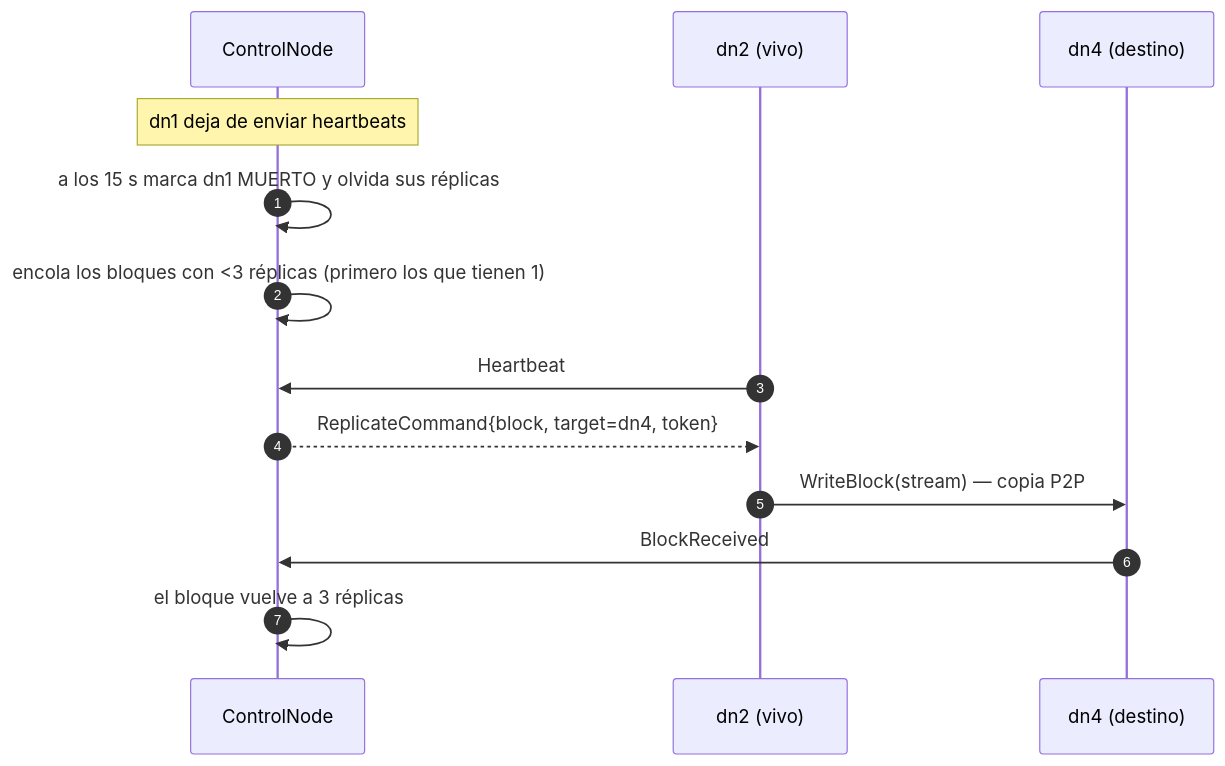
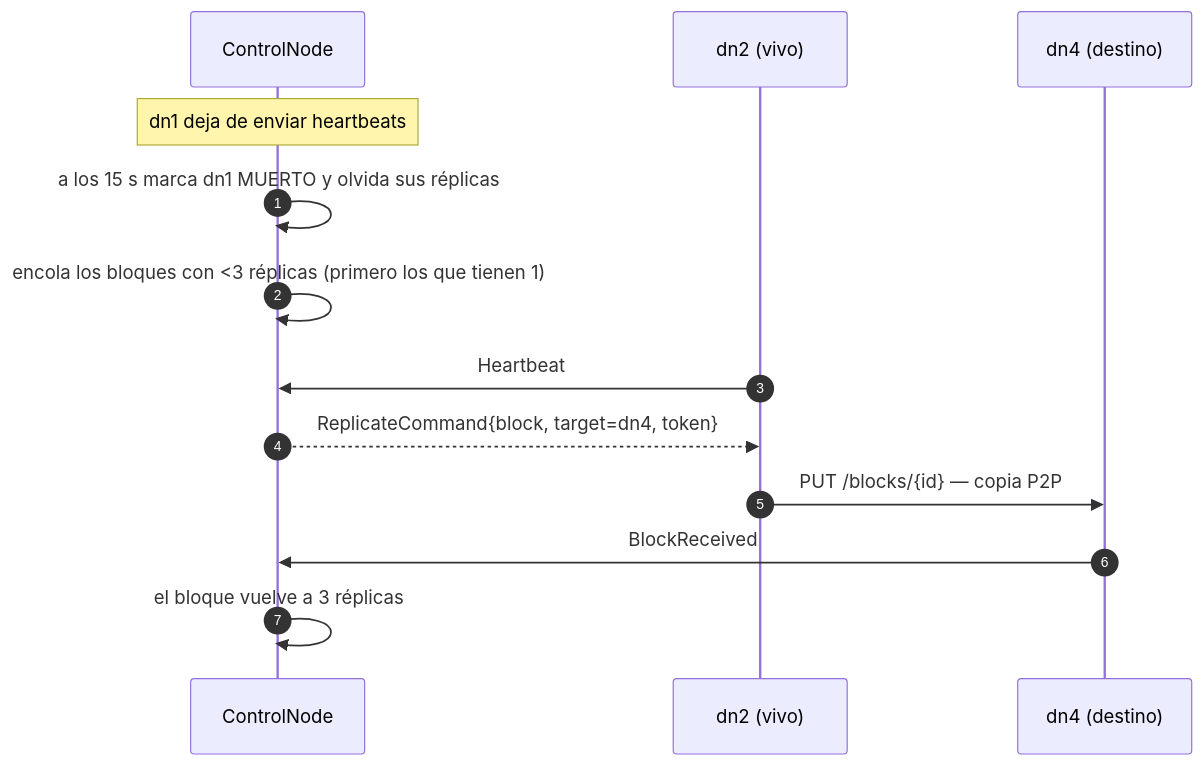
One commit to MiguelMontoya221004/DFSha changed the fifth of 5 diagrams in docs/comunicaciones.md. Above: the diagram before and after it, drawn with Mermaid. The commit also changed other lines of this file and 30 other files, not shown here.

````diff
--- a/docs/comunicaciones.md
+++ b/docs/comunicaciones.md
@@ -283,15 +298,15 @@
 ```mermaid
 sequenceDiagram
     autonumber
     participant CN as ControlNode
     participant D2 as dn2 (vivo)
     participant D4 as dn4 (destino)
     Note over CN: dn1 deja de enviar heartbeats
     CN->>CN: a los 15 s marca dn1 MUERTO y olvida sus réplicas
     CN->>CN: encola los bloques con <3 réplicas (primero los que tienen 1)
     D2->>CN: Heartbeat
     CN-->>D2: ReplicateCommand{block, target=dn4, token}
-    D2->>D4: WriteBlock(stream) — copia P2P
+    D2->>D4: PUT /blocks/{id} — copia P2P
     D4->>CN: BlockReceived
     CN->>CN: el bloque vuelve a 3 réplicas
 ```
````
